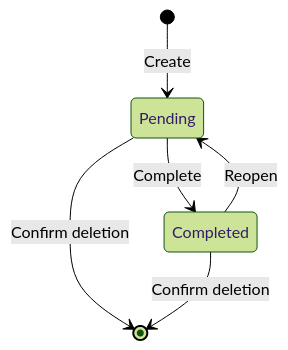
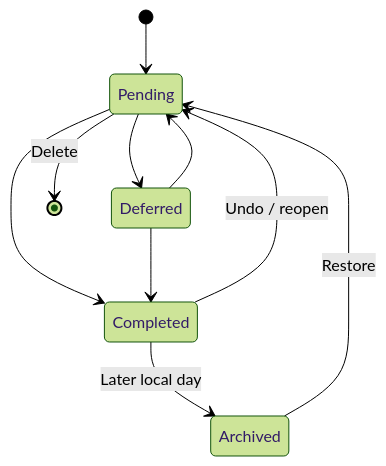
Before and after one commit to varunjakkampudi-tech/daily-checklist: the second of 2 diagrams in docs/architecture.md, drawn with Mermaid (forest theme). The commit also changed other lines of this file, not shown here.

````diff
--- a/docs/architecture.md
+++ b/docs/architecture.md
@@ -37,8 +27,12 @@
 ```mermaid
 stateDiagram-v2
-    [*] --> Pending: Create
-    Pending --> Completed: Complete
-    Completed --> Pending: Reopen
-    Pending --> [*]: Confirm deletion
-    Completed --> [*]: Confirm deletion
+ [*] --> Pending
+ Pending --> Deferred
+ Deferred --> Pending
+ Pending --> Completed
+ Deferred --> Completed
+ Completed --> Pending: Undo / reopen
+ Completed --> Archived: Later local day
+ Archived --> Pending: Restore
+ Pending --> [*]: Delete
 ```
````
